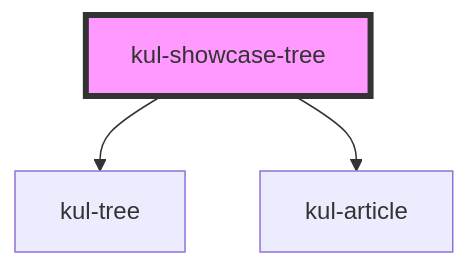
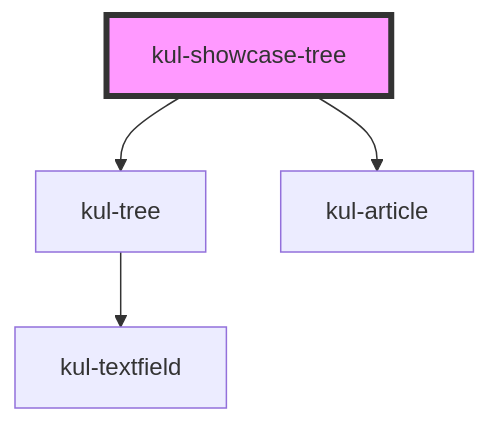
Before and after one commit to smeup/ketchup: the diagram in packages/ketchup-lite/src/components/kul-showcase/components/tree/readme.md, drawn with Mermaid. The commit also changed 10 other files, not shown here.

````diff
--- a/packages/ketchup-lite/src/components/kul-showcase/components/tree/readme.md
+++ b/packages/ketchup-lite/src/components/kul-showcase/components/tree/readme.md
@@ -27,6 +27,7 @@
 ```mermaid
 graph TD;
   kul-showcase-tree --> kul-tree
   kul-showcase-tree --> kul-article
+  kul-tree --> kul-textfield
   style kul-showcase-tree fill:#f9f,stroke:#333,stroke-width:4px
 ```
````
